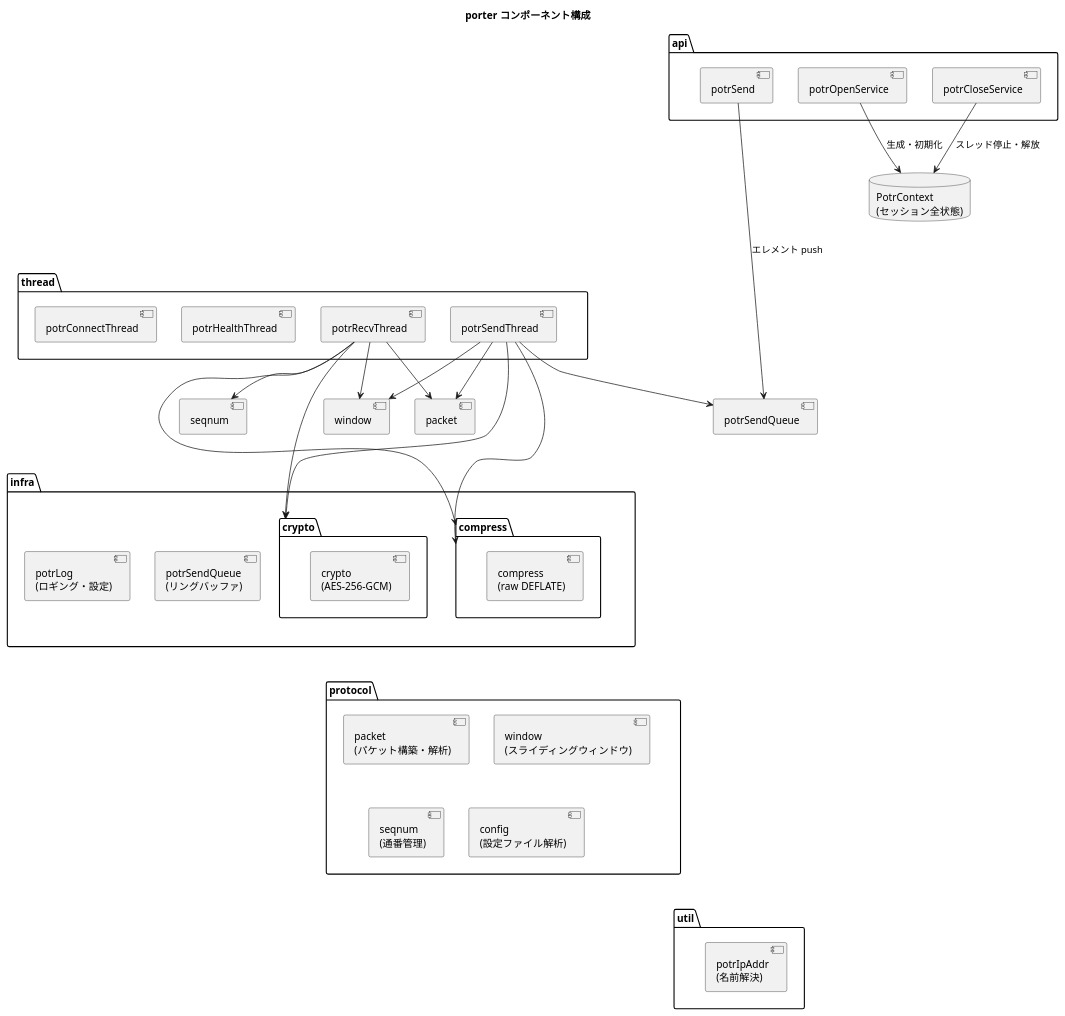
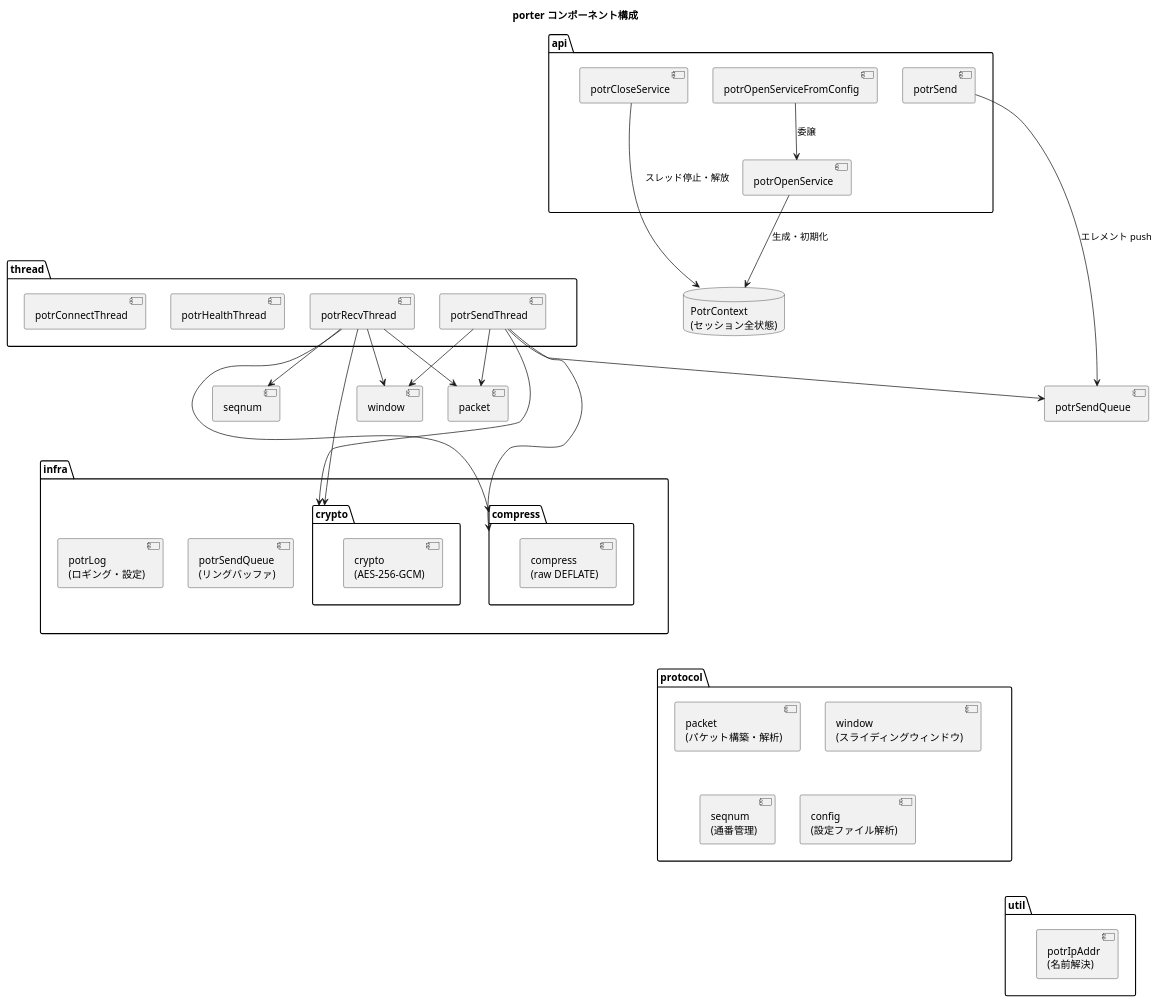
The sixth of 6 diagrams in prod/porter/docs/architecture.md (Hondarer/c-modernization-kit), drawn with PlantUML before and after one commit. The commit also changed other lines of this file and 10 other files, not shown here.

````diff
--- a/prod/porter/docs/architecture.md
+++ b/prod/porter/docs/architecture.md
@@ -318,64 +318,66 @@
 ```plantuml
 @startuml
 title porter コンポーネント構成
 
 package "api" {
   [potrOpenService]
+  [potrOpenServiceFromConfig]
   [potrSend]
   [potrCloseService]
 }
 
 package "thread" {
   [potrRecvThread]
   [potrSendThread]
   [potrHealthThread]
   [potrConnectThread]
 }
 
 package "protocol" {
   [packet\n(パケット構築・解析)]
   [window\n(スライディングウィンドウ)]
   [seqnum\n(通番管理)]
   [config\n(設定ファイル解析)]
 }
 
 package "infra" {
   [potrSendQueue\n(リングバッファ)]
   [potrLog\n(ロギング・設定)]
   package "compress" {
     [compress\n(raw DEFLATE)]
   }
   package "crypto" {
     [crypto\n(AES-256-GCM)]
   }
 }
 
 package "util" {
   [potrIpAddr\n(名前解決)]
 }
 
 database "PotrContext\n(セッション全状態)" as CTX
 
 [potrOpenService] --> CTX : 生成・初期化
+[potrOpenServiceFromConfig] --> [potrOpenService] : 委譲
 [potrSend] --> [potrSendQueue] : エレメント push
 [potrCloseService] --> CTX : スレッド停止・解放
 
 [potrSendThread] --> [packet]
 [potrSendThread] --> [window]
 [potrSendThread] --> [compress]
 [potrSendThread] --> [crypto]
 [potrSendThread] --> [potrSendQueue]
 
 [potrRecvThread] --> [packet]
 [potrRecvThread] --> [window]
 [potrRecvThread] --> [seqnum]
 [potrRecvThread] --> [compress]
 [potrRecvThread] --> [crypto]
 
 api -[hidden]--thread
 thread -[hidden]-- infra
 api -[hidden]----- protocol
 protocol -[hidden]--util
 
 @enduml
 ```
````
